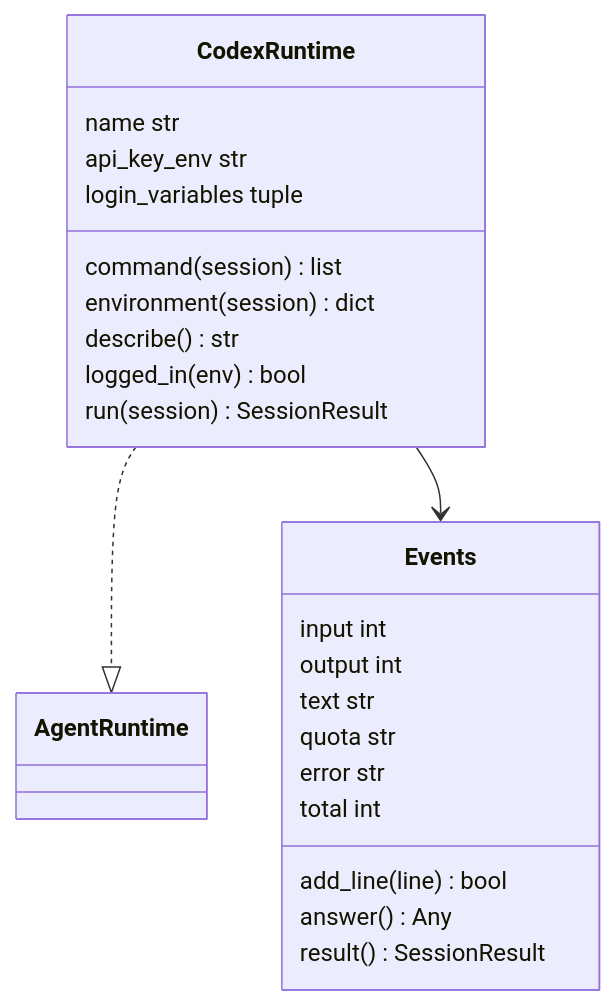
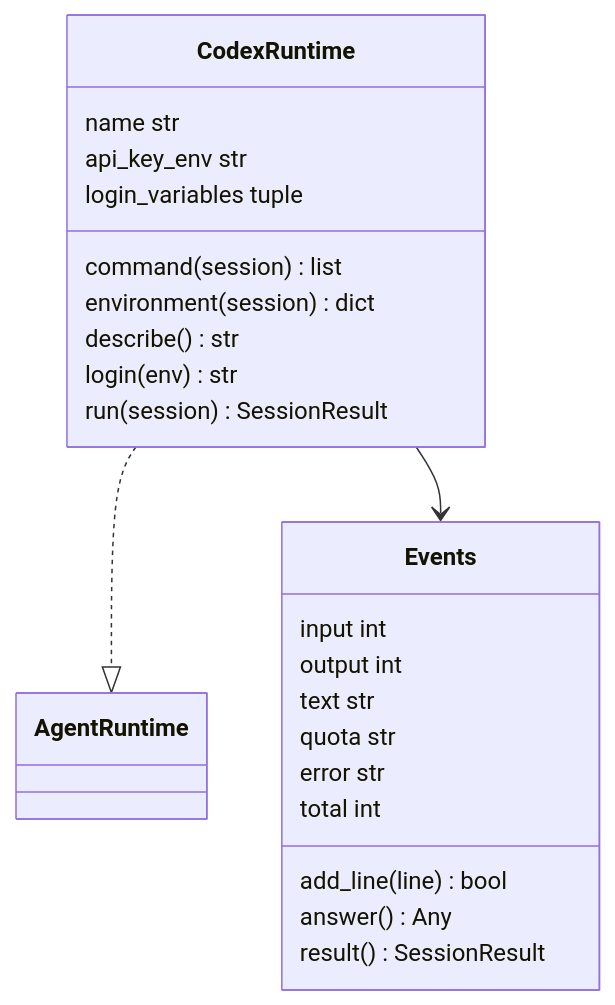
Before and after one commit to plaplanche/ariane: the second of 3 diagrams in docs/architecture/modules/codex.md, drawn with Mermaid. The commit also changed other lines of this file and 5 other files, not shown here.

````diff
--- a/docs/architecture/modules/codex.md
+++ b/docs/architecture/modules/codex.md
@@ -41,26 +43,26 @@
 ```mermaid
 classDiagram
 class CodexRuntime {
   name str
   api_key_env str
   login_variables tuple
   command(session) list
   environment(session) dict
   describe() str
-  logged_in(env) bool
+  login(env) str
   run(session) SessionResult
 }
 class Events {
   input int
   output int
   text str
   quota str
   error str
   total int
   add_line(line) bool
   answer() Any
   result() SessionResult
 }
 CodexRuntime ..|> AgentRuntime
 CodexRuntime --> Events
 ```
````
